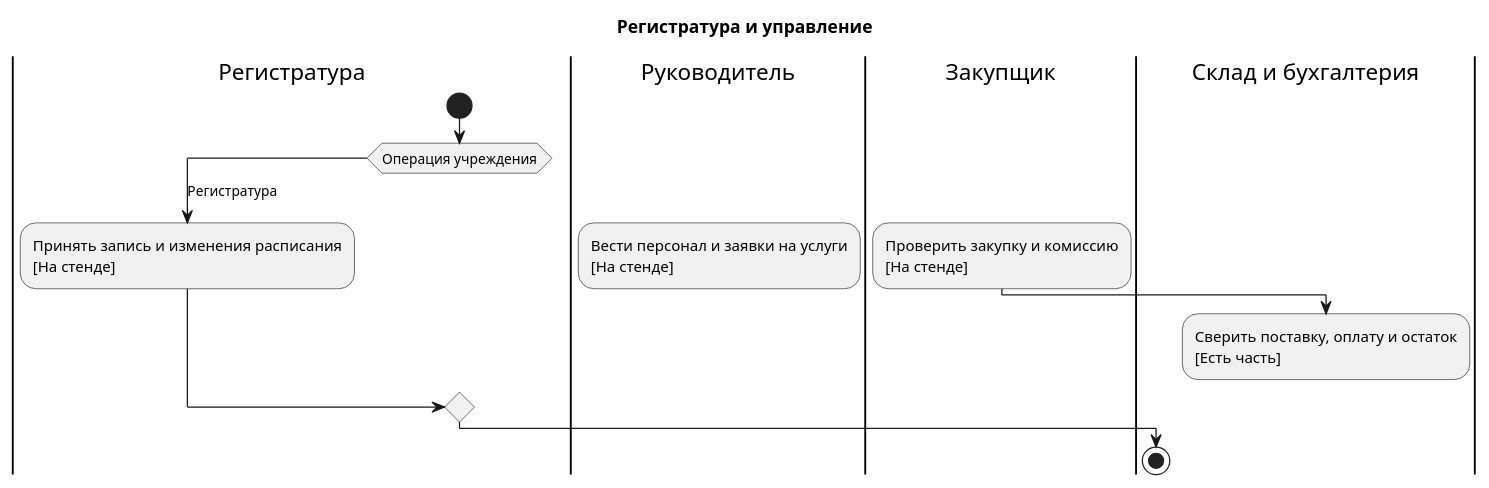
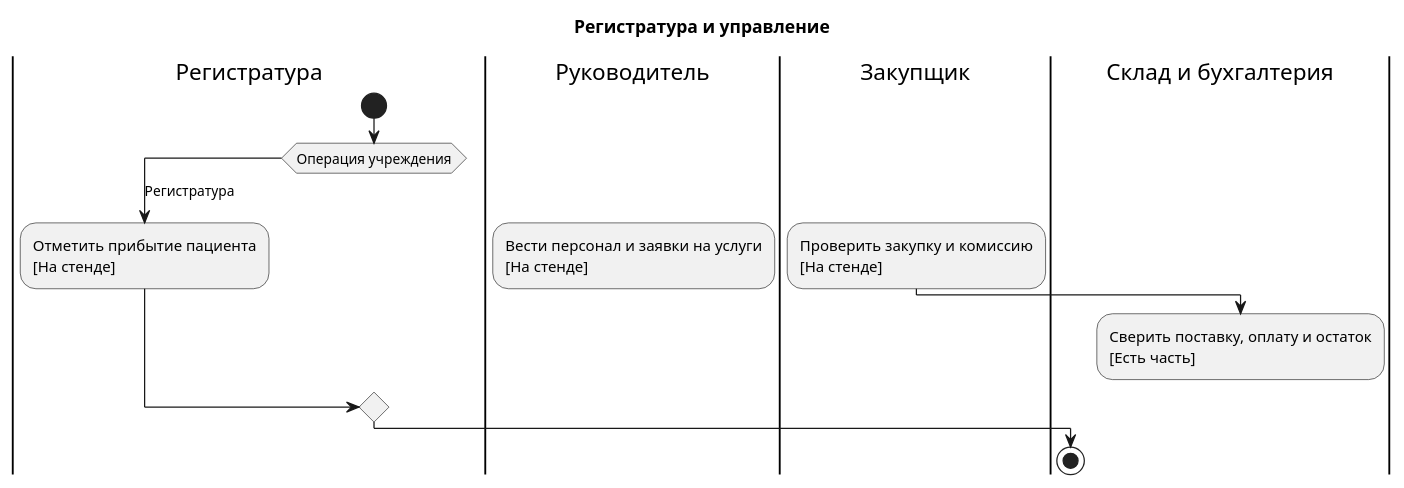
One commit to medbookdev/medbook-readiness changed the diagram in clinic.puml. Above: the diagram before and after it, drawn with PlantUML. The commit also changed 11 other files, not shown here.

```diff
--- a/clinic.puml
+++ b/clinic.puml
@@ -1,19 +1,19 @@
 @startuml
 title Регистратура и управление
 |Регистратура|
 start
 switch (Операция учреждения)
 case (Регистратура)
 |Регистратура|
-:Принять запись и изменения расписания\n[На стенде];
+:Отметить прибытие пациента\n[На стенде];
 case (Кадры)
 |Руководитель|
 :Вести персонал и заявки на услуги\n[На стенде];
 case (Снабжение и расчёты)
 |Закупщик|
 :Проверить закупку и комиссию\n[На стенде];
 |Склад и бухгалтерия|
 :Сверить поставку, оплату и остаток\n[Есть часть];
 endswitch
 stop
 @enduml
```
